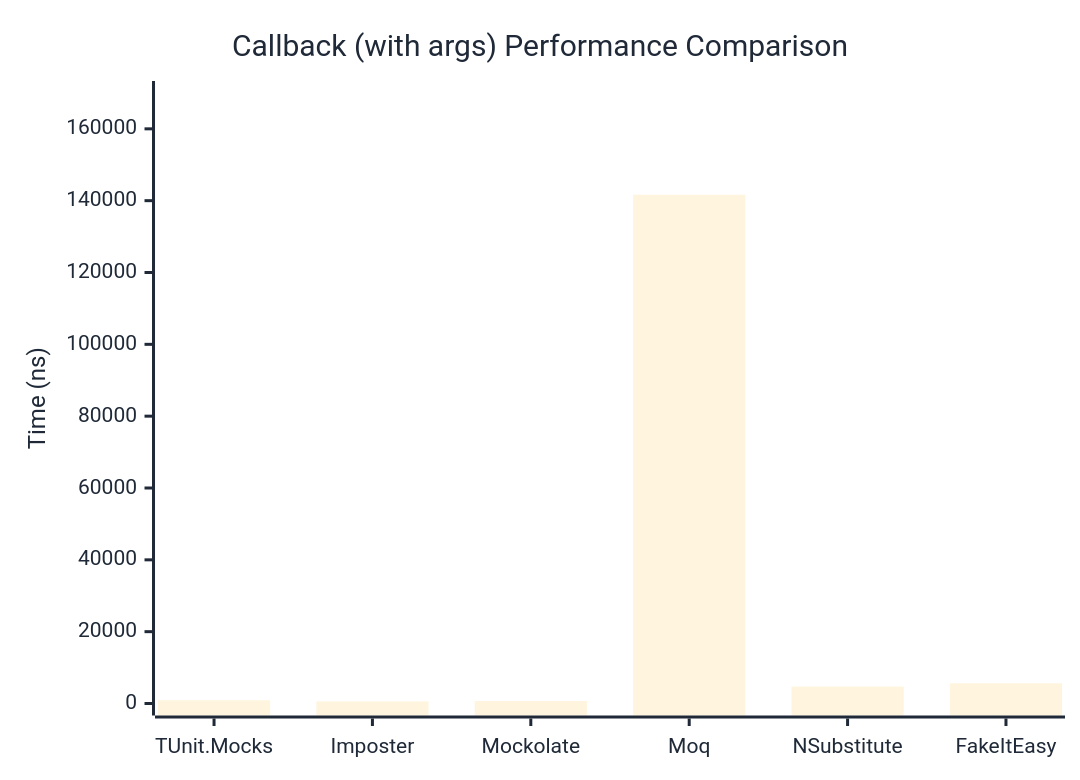
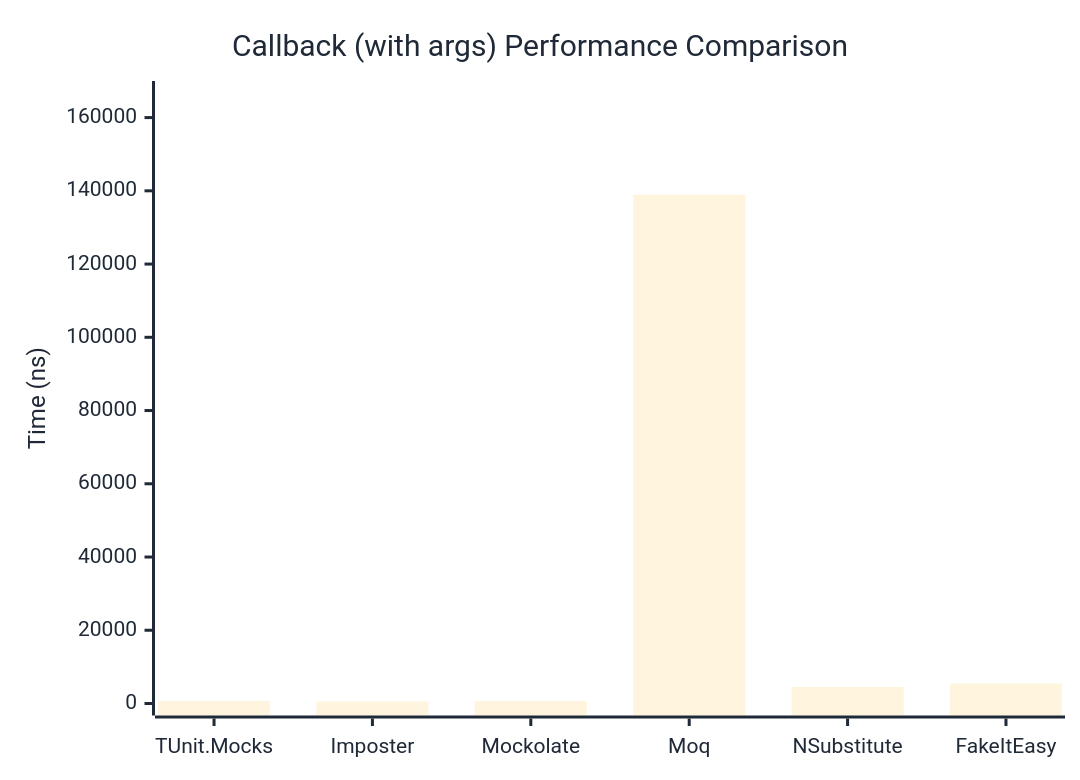
One commit to thomhurst/TUnit changed the second of 2 diagrams in docs/docs/benchmarks/mocks/Callback.md. Above: the diagram before and after it, drawn with Mermaid. The commit also changed other lines of this file and 14 other files, not shown here.

````diff
--- a/docs/docs/benchmarks/mocks/Callback.md
+++ b/docs/docs/benchmarks/mocks/Callback.md
@@ -69,27 +69,27 @@
 ```mermaid
 %%{init: {
   'theme':'base',
   'themeVariables': {
     'primaryColor': '#2563eb',
     'primaryTextColor': '#1f2937',
     'primaryBorderColor': '#1e40af',
     'lineColor': '#6b7280',
     'secondaryColor': '#7c3aed',
     'tertiaryColor': '#dc2626',
     'background': '#ffffff',
     'pie1': '#2563eb',
     'pie2': '#7c3aed',
     'pie3': '#dc2626',
     'pie4': '#f59e0b',
     'pie5': '#10b981',
     'pie6': '#06b6d4',
     'pie7': '#ec4899',
     'pie8': '#6366f1'
   }
 }}%%
 xychart-beta
   title "Callback (with args) Performance Comparison"
   x-axis ["TUnit.Mocks", "Imposter", "Mockolate", "Moq", "NSubstitute", "FakeItEasy"]
-  y-axis "Time (ns)" 0 --> 169977
-  bar [893.6, 560.4, 696.2, 141647.1, 4707.1, 5628.5]
+  y-axis "Time (ns)" 0 --> 166713
+  bar [707.1, 535.3, 668.7, 138927.4, 4535.2, 5459.7]
 ```
````
